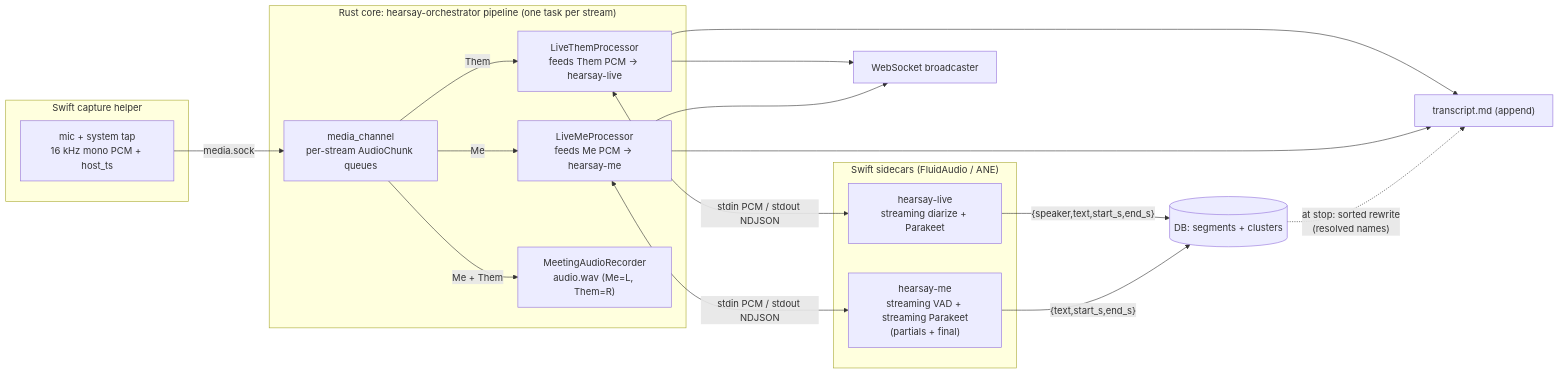
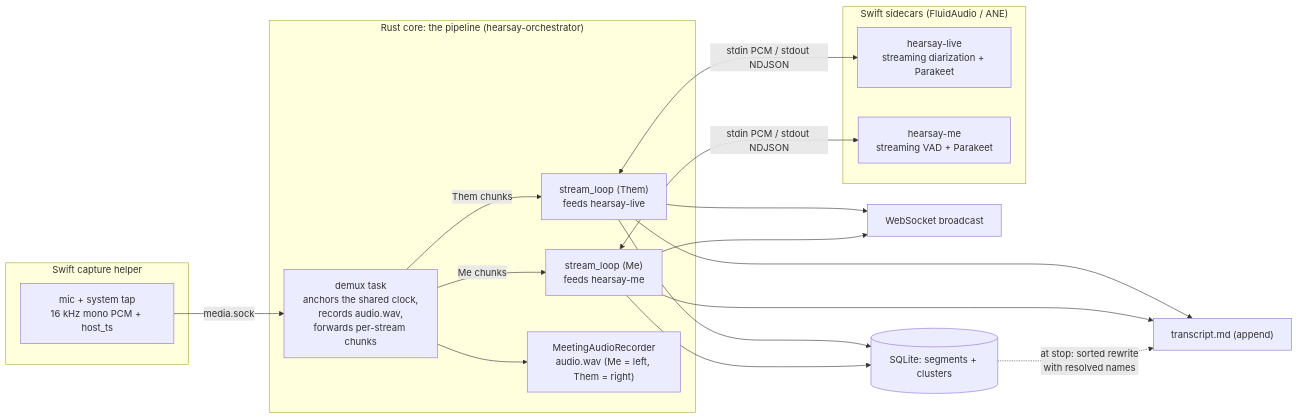
The first of 2 diagrams in docs/pipeline.md (rwiseman87/hearsay), drawn with Mermaid before and after one commit. The commit also changed other lines of this file and 17 other files, not shown here.

First line of the commit message:
docs: rewrite documentation for current state; add architecture.md

````diff
--- a/docs/pipeline.md
+++ b/docs/pipeline.md
@@ -11,29 +11,29 @@
 ```mermaid
 flowchart LR
-  subgraph Helper["Swift capture helper"]
-    Cap["mic + system tap\n16 kHz mono PCM + host_ts"]
-  end
-  subgraph Core["Rust core: hearsay-orchestrator pipeline (one task per stream)"]
-    MC["media_channel\nper-stream AudioChunk queues"]
-    Them["LiveThemProcessor\nfeeds Them PCM -> hearsay-live"]
-    Me["LiveMeProcessor\nfeeds Me PCM -> hearsay-me"]
-    Rec["MeetingAudioRecorder\naudio.wav (Me=L, Them=R)"]
-    MC -->|Them| Them
-    MC -->|Me| Me
-    MC -->|Me + Them| Rec
-  end
-  subgraph Sidecars["Swift sidecars (FluidAudio / ANE)"]
-    SL["hearsay-live\nstreaming diarize + Parakeet"]
-    SM["hearsay-me\nstreaming VAD + streaming Parakeet\n(partials + final)"]
-  end
-  Cap -- media.sock --> MC
-  Them <-- "stdin PCM / stdout NDJSON" --> SL
-  Me <-- "stdin PCM / stdout NDJSON" --> SM
-  SL -->|"{speaker,text,start_s,end_s}"| DB[("DB: segments + clusters")]
-  SM -->|"{text,start_s,end_s}"| DB
-  Them --> MD["transcript.md (append)"]
-  Me --> MD
-  Them --> WS["WebSocket broadcaster"]
-  Me --> WS
-  DB -. "at stop: sorted rewrite\n(resolved names)" .-> MD
+    subgraph HelperBox["Swift capture helper"]
+        Cap["mic + system tap<br/>16 kHz mono PCM + host_ts"]
+    end
+    subgraph CoreBox["Rust core: the pipeline (hearsay-orchestrator)"]
+        Demux["demux task<br/>anchors the shared clock,<br/>records audio.wav,<br/>forwards per-stream chunks"]
+        ThemLoop["stream_loop (Them)<br/>feeds hearsay-live"]
+        MeLoop["stream_loop (Me)<br/>feeds hearsay-me"]
+        Rec["MeetingAudioRecorder<br/>audio.wav (Me = left, Them = right)"]
+        Demux -->|Them chunks| ThemLoop
+        Demux -->|Me chunks| MeLoop
+        Demux --> Rec
+    end
+    subgraph SidecarBox["Swift sidecars (FluidAudio / ANE)"]
+        SL["hearsay-live<br/>streaming diarization + Parakeet"]
+        SM["hearsay-me<br/>streaming VAD + Parakeet"]
+    end
+    Cap -->|media.sock| Demux
+    ThemLoop <-->|"stdin PCM / stdout NDJSON"| SL
+    MeLoop <-->|"stdin PCM / stdout NDJSON"| SM
+    ThemLoop --> DB[("SQLite: segments + clusters")]
+    MeLoop --> DB
+    ThemLoop --> MD["transcript.md (append)"]
+    MeLoop --> MD
+    ThemLoop --> WS["WebSocket broadcast"]
+    MeLoop --> WS
+    DB -.->|"at stop: sorted rewrite<br/>with resolved names"| MD
 ```
````
